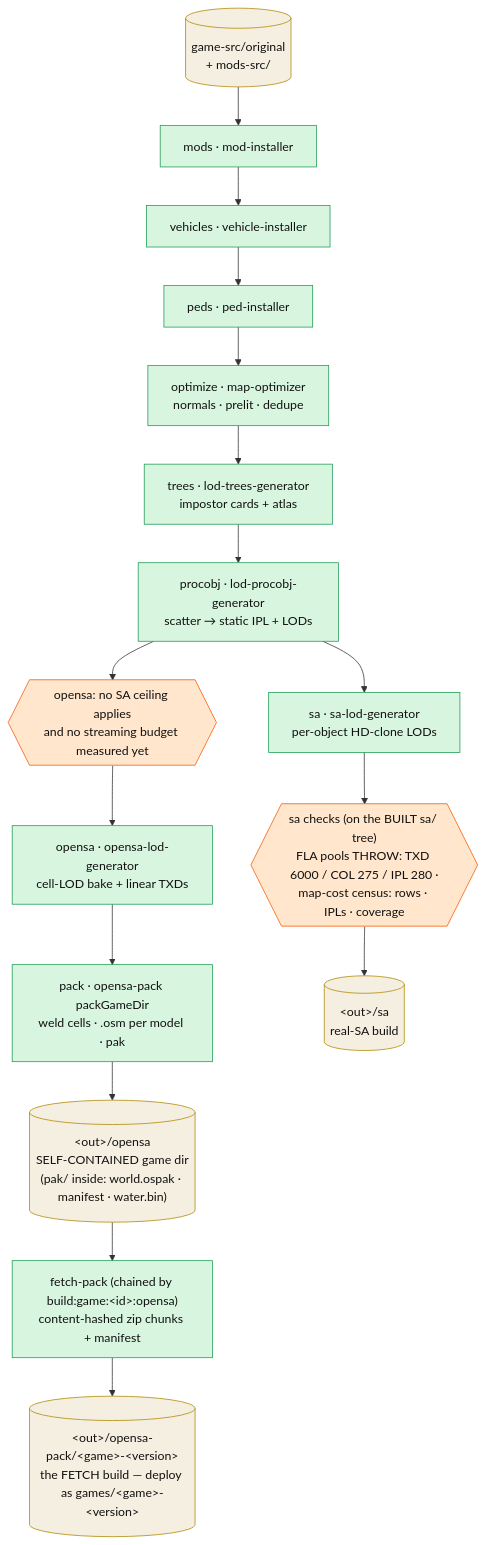
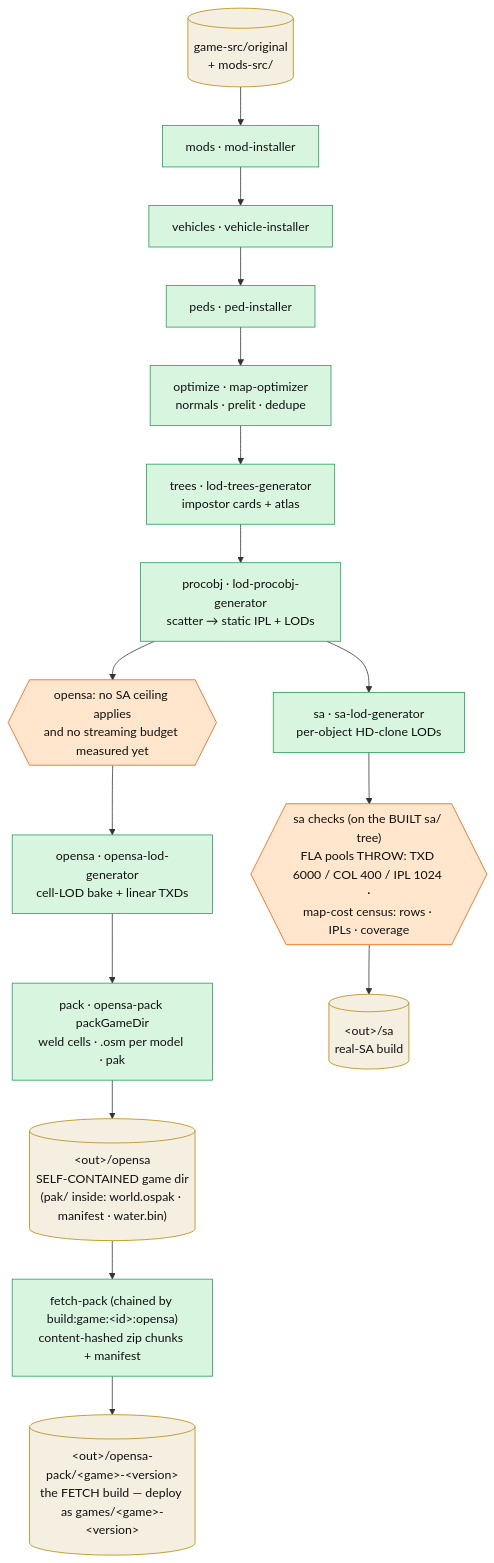
Before and after one commit to sexorcist00/opensa: the diagram in docs/architecture/perfect-map-builder.md, drawn with Mermaid. The commit also changed 7 other files, not shown here.

````diff
--- a/docs/architecture/perfect-map-builder.md
+++ b/docs/architecture/perfect-map-builder.md
@@ -43,29 +43,29 @@
 ```mermaid
 %%| pmb-pipeline
 flowchart TB
   src[("game-src/original<br/>+ mods-src/")]:::data
   mods["mods · mod-installer"]:::stage
   veh["vehicles · vehicle-installer"]:::stage
   peds["peds · ped-installer"]:::stage
   opt["optimize · map-optimizer<br/>normals · prelit · dedupe"]:::stage
   trees["trees · lod-trees-generator<br/>impostor cards + atlas"]:::stage
   proc["procobj · lod-procobj-generator<br/>scatter → static IPL + LODs"]:::stage
-  guard{{"sa checks (on the BUILT sa/ tree)<br/>FLA pools THROW: TXD 6000 / COL 275 / IPL 280 ·<br/>map-cost census: rows · IPLs · coverage"}}:::guard
+  guard{{"sa checks (on the BUILT sa/ tree)<br/>FLA pools THROW: TXD 6000 / COL 400 / IPL 1024 ·<br/>map-cost census: rows · IPLs · coverage"}}:::guard
   osguard{{"opensa: no SA ceiling applies<br/>and no streaming budget measured yet"}}:::guard
   sa["sa · sa-lod-generator<br/>per-object HD-clone LODs"]:::stage
   oslod["opensa · opensa-lod-generator<br/>cell-LOD bake + linear TXDs"]:::stage
   pack["pack · opensa-pack packGameDir<br/>weld cells · .osm per model · pak"]:::stage
   outsa[("&lt;out&gt;/sa<br/>real-SA build")]:::data
   outos[("&lt;out&gt;/opensa<br/>SELF-CONTAINED game dir<br/>(pak/ inside: world.ospak · manifest · water.bin)")]:::data
   fetch["fetch-pack (chained by build:game:&lt;id&gt;:opensa)<br/>content-hashed zip chunks + manifest"]:::stage
   outpak[("&lt;out&gt;/opensa-pack/&lt;game&gt;-&lt;version&gt;<br/>the FETCH build — deploy as games/&lt;game&gt;-&lt;version&gt;")]:::data
 
   src --> mods --> veh --> peds --> opt --> trees --> proc
   proc --> sa --> guard --> outsa
   proc --> osguard --> oslod --> pack --> outos
   outos --> fetch --> outpak
 
   classDef stage fill:#d8f5e0,stroke:#1f9d55,color:#111
   classDef guard fill:#ffe6cc,stroke:#f55c07,color:#111
   classDef data fill:#f5efe1,stroke:#b08900,color:#111
 ```
````
